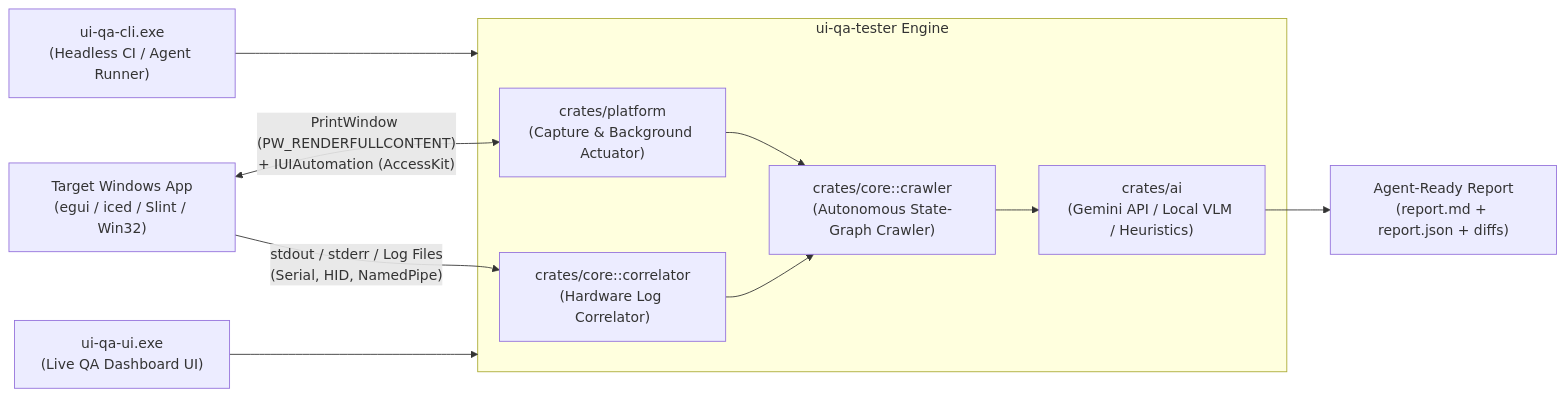
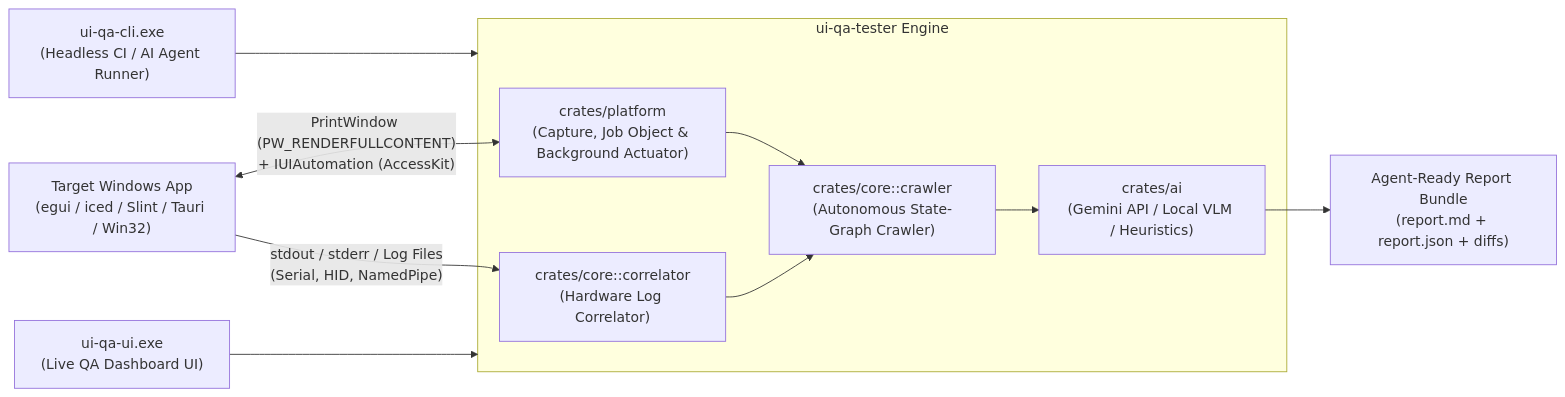
Before and after one commit to dooperdrew/ghost-qa: the diagram in README.md, drawn with Mermaid. The commit also changed other lines of this file and 6 other files, not shown here.

````diff
--- a/README.md
+++ b/README.md
@@ -54,20 +131,20 @@
 ```mermaid
 flowchart LR
-    TARGET["Target Windows App<br/>(egui / iced / Slint / Win32)"] <-->|"PrintWindow (PW_RENDERFULLCONTENT)<br/>+ IUIAutomation (AccessKit)"| PLATFORM
+    TARGET["Target Windows App<br/>(egui / iced / Slint / Tauri / Win32)"] <-->|"PrintWindow (PW_RENDERFULLCONTENT)<br/>+ IUIAutomation (AccessKit)"| PLATFORM
     TARGET -->|"stdout / stderr / Log Files<br/>(Serial, HID, NamedPipe)"| CORR
     
     subgraph ENGINE["ui-qa-tester Engine"]
-        PLATFORM["crates/platform<br/>(Capture & Background Actuator)"]
+        PLATFORM["crates/platform<br/>(Capture, Job Object & Background Actuator)"]
         CORR["crates/core::correlator<br/>(Hardware Log Correlator)"]
         VISION["crates/ai<br/>(Gemini API / Local VLM / Heuristics)"]
         CRAWLER["crates/core::crawler<br/>(Autonomous State-Graph Crawler)"]
     end
     
     PLATFORM --> CRAWLER
     CORR --> CRAWLER
     CRAWLER --> VISION
-    VISION --> REPORT["Agent-Ready Report<br/>(report.md + report.json + diffs)"]
+    VISION --> REPORT["Agent-Ready Report Bundle<br/>(report.md + report.json + diffs)"]
     
-    CLI["ui-qa-cli.exe<br/>(Headless CI / Agent Runner)"] --> ENGINE
+    CLI["ui-qa-cli.exe<br/>(Headless CI / AI Agent Runner)"] --> ENGINE
     UI["ui-qa-ui.exe<br/>(Live QA Dashboard UI)"] --> ENGINE
 ```
````
